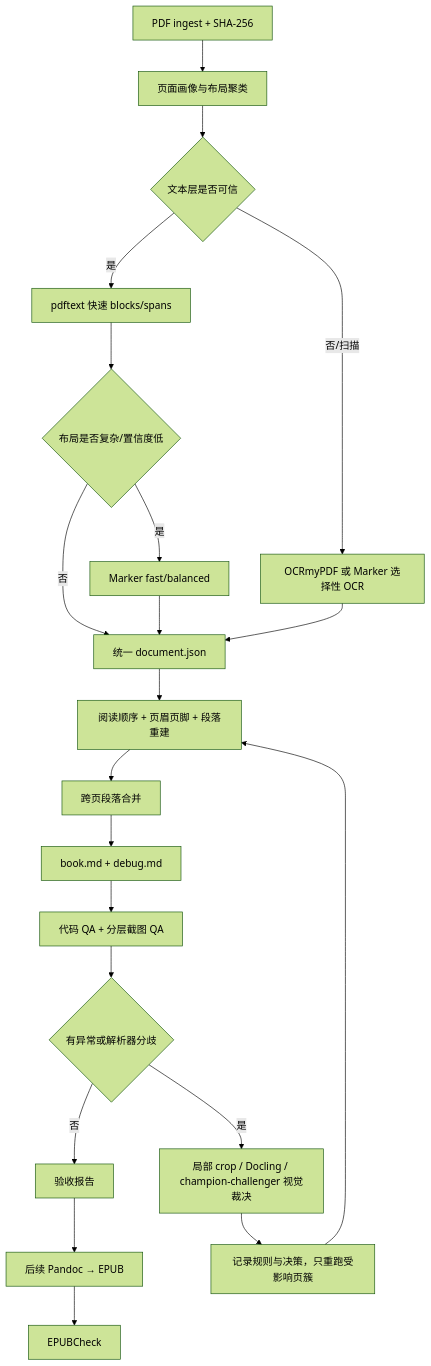
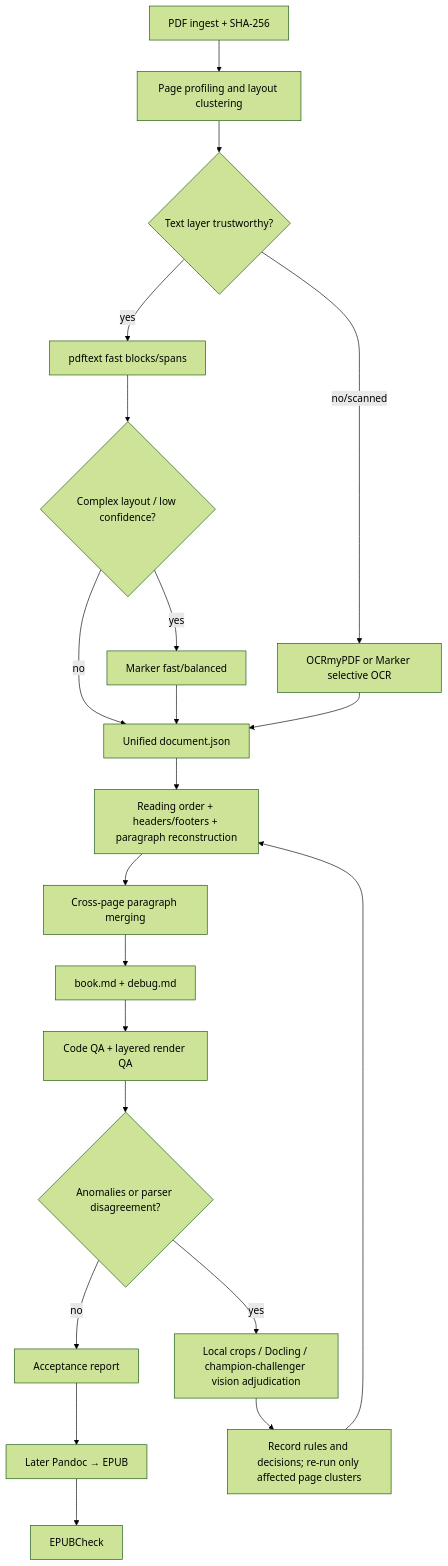
One commit to dingjee/pdfCracker changed the diagram in RESEARCH_AND_TEST_PLAN.md. Above: the diagram before and after it, drawn with Mermaid (forest theme). The commit also changed other lines of this file and 7 other files, not shown here.

````diff
--- a/RESEARCH_AND_TEST_PLAN.md
+++ b/RESEARCH_AND_TEST_PLAN.md
@@ -149,23 +149,23 @@
 ```mermaid
 flowchart TD
-    A["PDF ingest + SHA-256"] --> B["页面画像与布局聚类"]
-    B --> C{"文本层是否可信"}
-    C -->|是| D["pdftext 快速 blocks/spans"]
-    C -->|否/扫描| E["OCRmyPDF 或 Marker 选择性 OCR"]
-    D --> F{"布局是否复杂/置信度低"}
-    F -->|否| G["统一 document.json"]
-    F -->|是| H["Marker fast/balanced"]
+    A["PDF ingest + SHA-256"] --> B["Page profiling and layout clustering"]
+    B --> C{"Text layer trustworthy?"}
+    C -->|yes| D["pdftext fast blocks/spans"]
+    C -->|no/scanned| E["OCRmyPDF or Marker selective OCR"]
+    D --> F{"Complex layout / low confidence?"}
+    F -->|no| G["Unified document.json"]
+    F -->|yes| H["Marker fast/balanced"]
     H --> G
     E --> G
-    G --> I["阅读顺序 + 页眉页脚 + 段落重建"]
-    I --> J["跨页段落合并"]
+    G --> I["Reading order + headers/footers + paragraph reconstruction"]
+    I --> J["Cross-page paragraph merging"]
     J --> K["book.md + debug.md"]
-    K --> L["代码 QA + 分层截图 QA"]
-    L --> M{"有异常或解析器分歧"}
-    M -->|否| N["验收报告"]
-    M -->|是| O["局部 crop / Docling / champion-challenger 视觉裁决"]
-    O --> P["记录规则与决策，只重跑受影响页簇"]
+    K --> L["Code QA + layered render QA"]
+    L --> M{"Anomalies or parser disagreement?"}
+    M -->|no| N["Acceptance report"]
+    M -->|yes| O["Local crops / Docling / champion-challenger vision adjudication"]
+    O --> P["Record rules and decisions; re-run only affected page clusters"]
     P --> I
-    N --> Q["后续 Pandoc → EPUB"]
+    N --> Q["Later Pandoc → EPUB"]
     Q --> R["EPUBCheck"]
 ```
````
